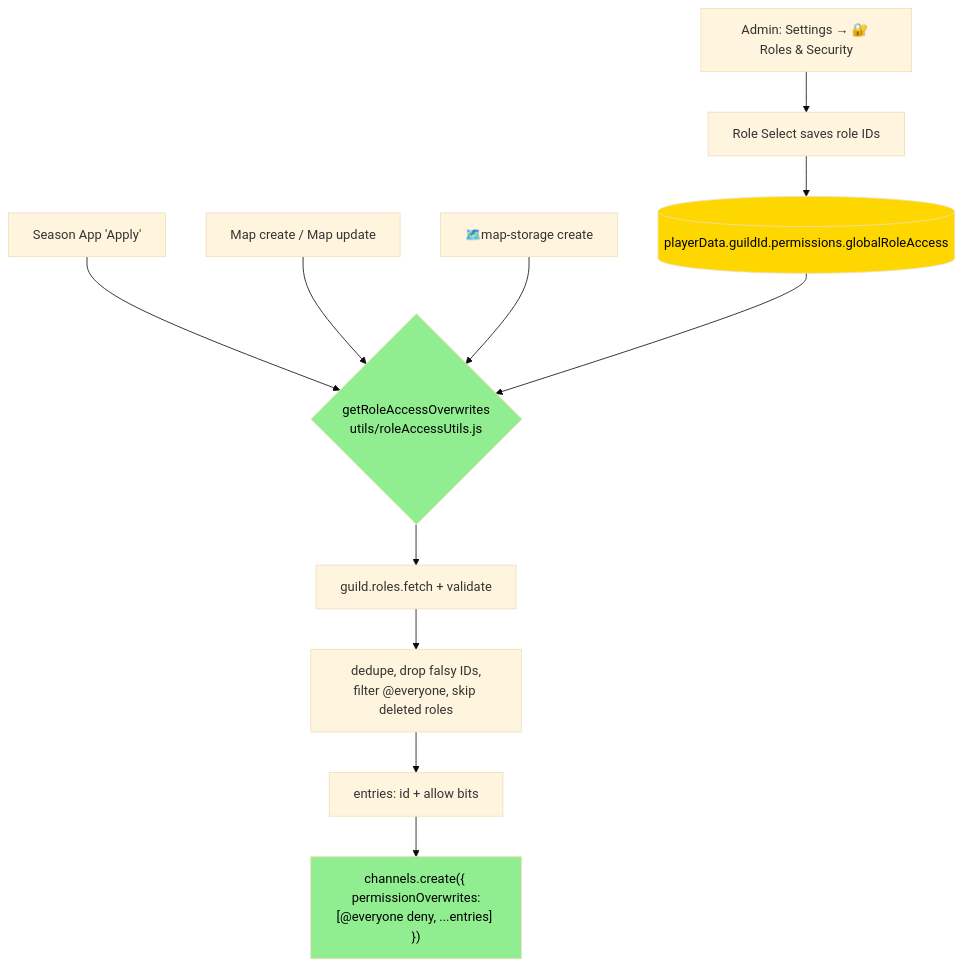
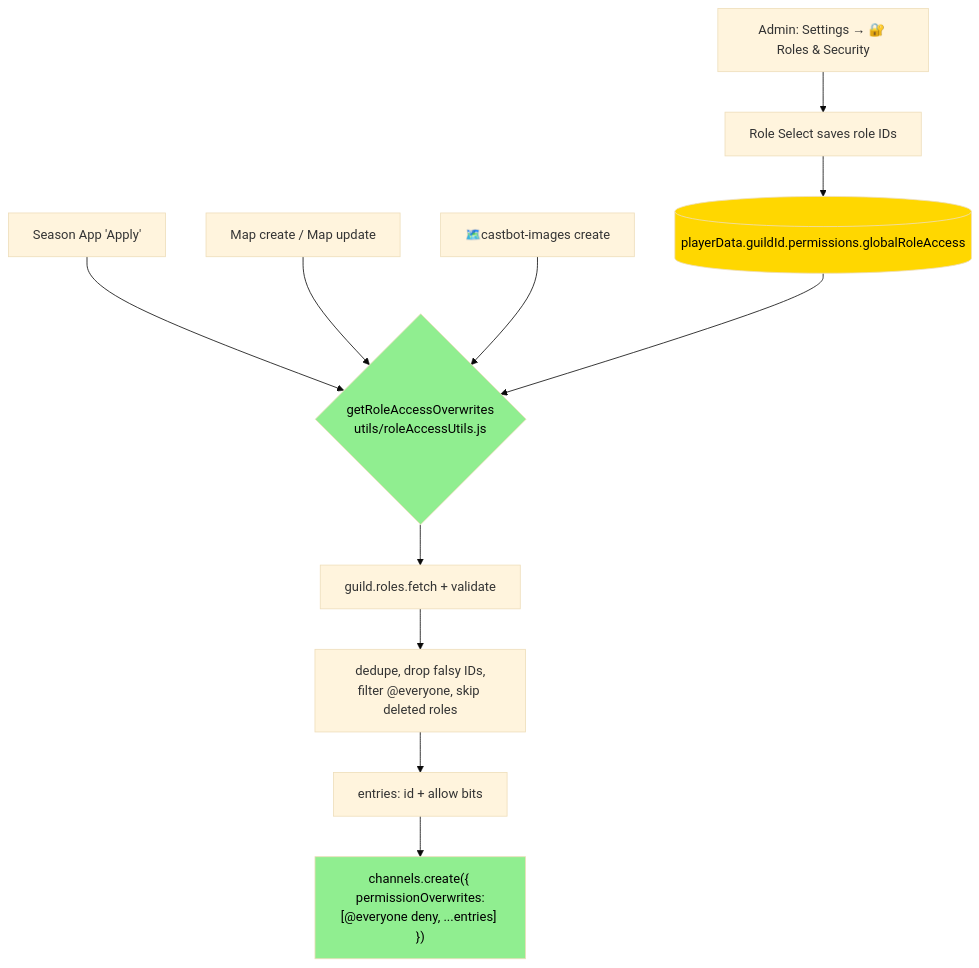
The diagram in docs/03-features/RolesSecurity.md (extremedonkey/castbot), drawn with Mermaid (base theme) before and after one commit. The commit also changed other lines of this file and 16 other files, not shown here.

````diff
--- a/docs/03-features/RolesSecurity.md
+++ b/docs/03-features/RolesSecurity.md
@@ -43,19 +43,19 @@
 ```mermaid
 flowchart TD
     A[Admin: Settings → 🔐 Roles & Security] --> B[Role Select saves role IDs]
     B --> C[(playerData.guildId.permissions.globalRoleAccess)]
 
     D[Season App 'Apply'] --> H
     E[Map create / Map update] --> H
-    F[🗺️map-storage create] --> H
+    F[🗺️castbot-images create] --> H
 
     C --> H{getRoleAccessOverwrites\nutils/roleAccessUtils.js}
     H --> I[guild.roles.fetch + validate]
     I --> J[dedupe, drop falsy IDs,\nfilter @everyone, skip deleted roles]
     J --> K[entries: id + allow bits]
     K --> L["channels.create({ permissionOverwrites:\n[@everyone deny, ...entries] })"]
 
     style C fill:#ffd700,color:#000
     style H fill:#90ee90,color:#000
     style L fill:#90ee90,color:#000
 ```
````
